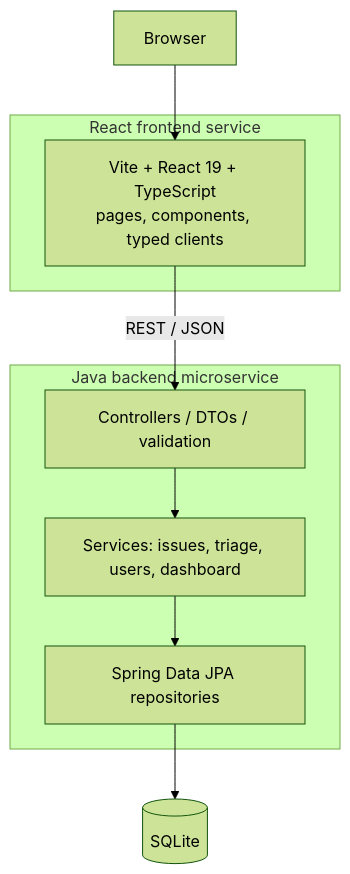
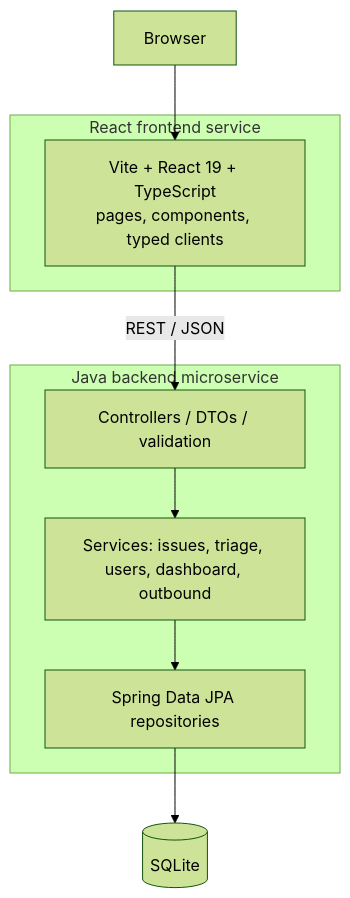
One commit to bkane56/IssueFlow changed the first of 2 diagrams in README.md. Above: the diagram before and after it, drawn with Mermaid (forest theme). The commit also changed other lines of this file and 58 other files, not shown here.

````diff
--- a/README.md
+++ b/README.md
@@ -70,18 +71,18 @@
 ```mermaid
 flowchart TB
   browser[Browser]
   subgraph frontendService [React frontend service]
     spa["Vite + React 19 + TypeScript<br/>pages, components, typed clients"]
   end
   subgraph backendService [Java backend microservice]
     controllers["Controllers / DTOs / validation"]
-    services["Services: issues, triage, users, dashboard"]
+    services["Services: issues, triage, users, dashboard, outbound"]
     repos["Spring Data JPA repositories"]
   end
   db[("SQLite")]
   browser --> spa
   spa -->|"REST / JSON"| controllers
   controllers --> services
   services --> repos
   repos --> db
 ```
````
